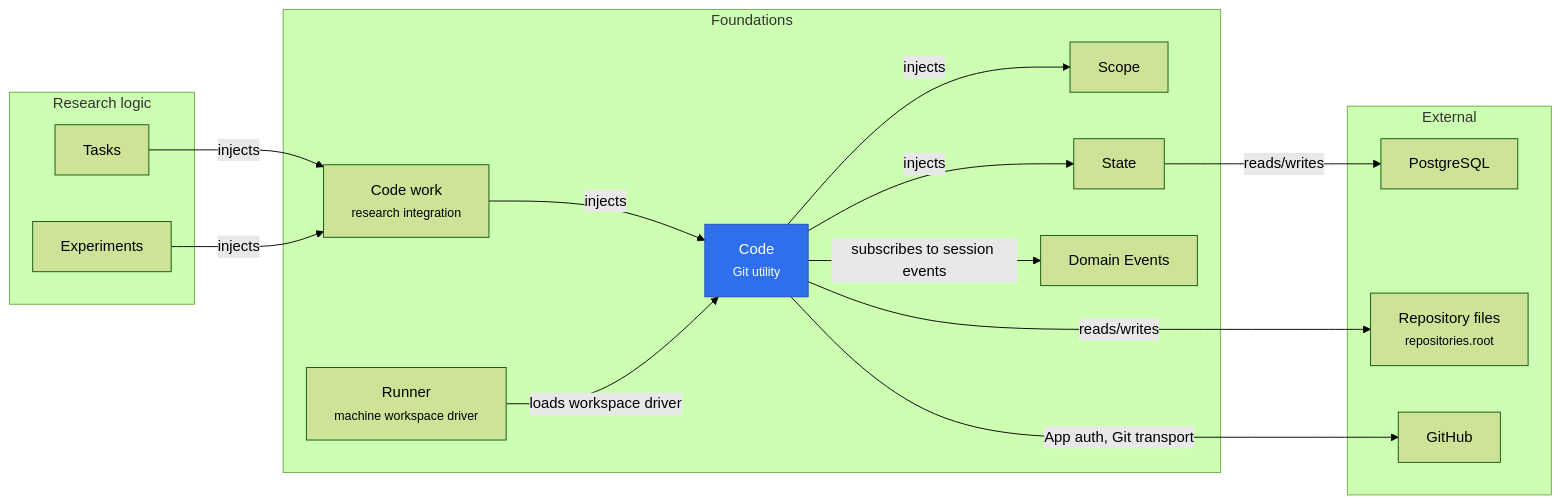
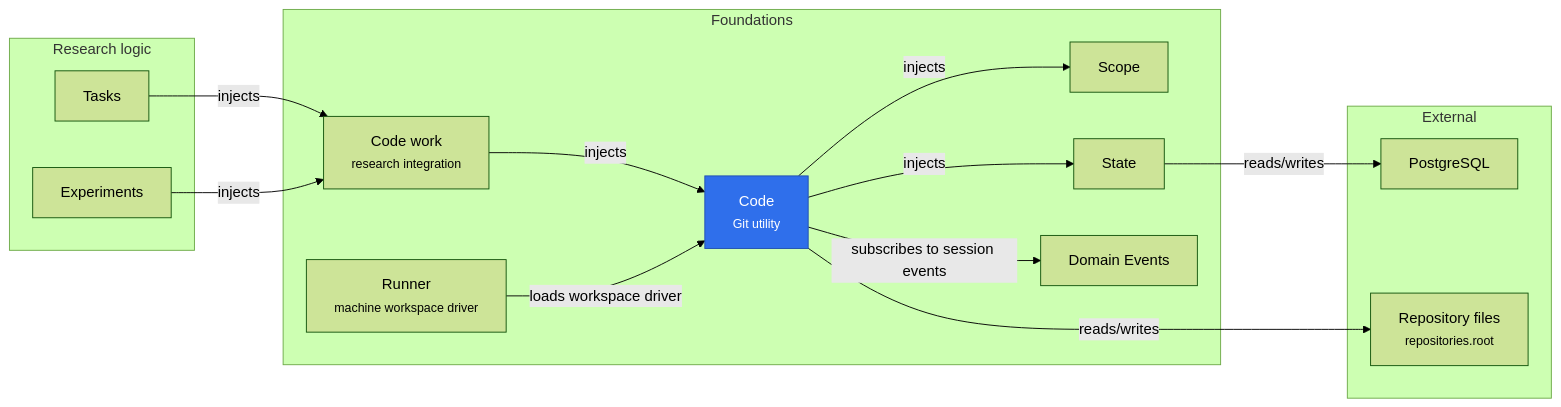
The diagram in merv-typescript/packages/code/README.md (rapidreview-io/Merv), drawn with Mermaid (forest theme) before and after one commit. The commit also changed other lines of this file and 213 other files, not shown here.

````diff
--- a/merv-typescript/packages/code/README.md
+++ b/merv-typescript/packages/code/README.md
@@ -22,32 +22,30 @@
 ```mermaid
 flowchart LR
   subgraph research["Research logic"]
     tasks[Tasks]
     experiments[Experiments]
   end
   subgraph foundations["Foundations"]
     codeWork["Code work<br/><small>research integration</small>"]
     code["Code<br/><small>Git utility</small>"]
     runner["Runner<br/><small>machine workspace driver</small>"]
     scope[Scope]
     state[State]
     domainEvents[Domain Events]
   end
   subgraph external["External"]
     postgres[PostgreSQL]
     repositories["Repository files<br/><small>repositories.root</small>"]
-    github[GitHub]
   end
   tasks -- "injects" --> codeWork
   experiments -- "injects" --> codeWork
   codeWork -- "injects" --> code
   runner -- "loads workspace driver" --> code
   code -- "injects" --> scope
   code -- "injects" --> state
   code -- "subscribes to session events" --> domainEvents
   state -- "reads/writes" --> postgres
   code -- "reads/writes" --> repositories
-  code -- "App auth, Git transport" --> github
   classDef self fill:#2f6feb,color:#fff,stroke:#1f4fb0
   class code self
 ```
````
